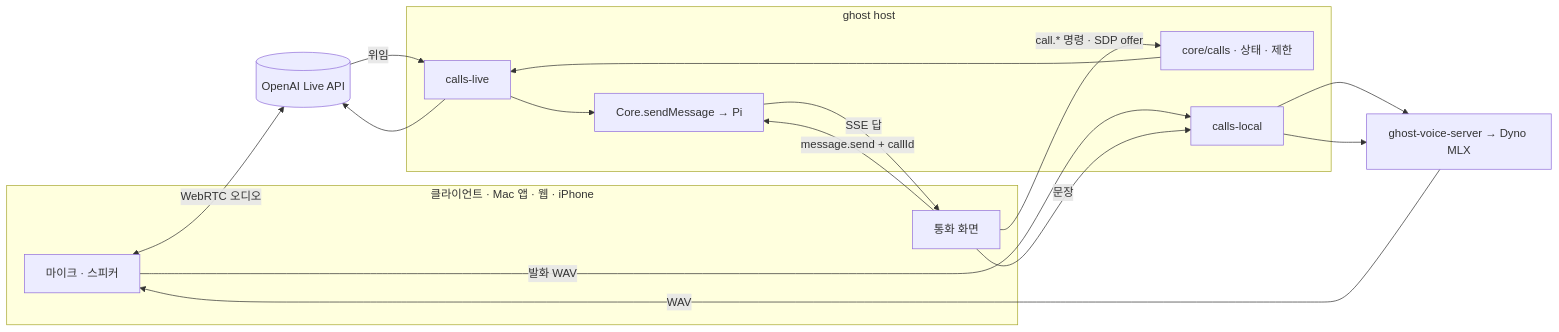
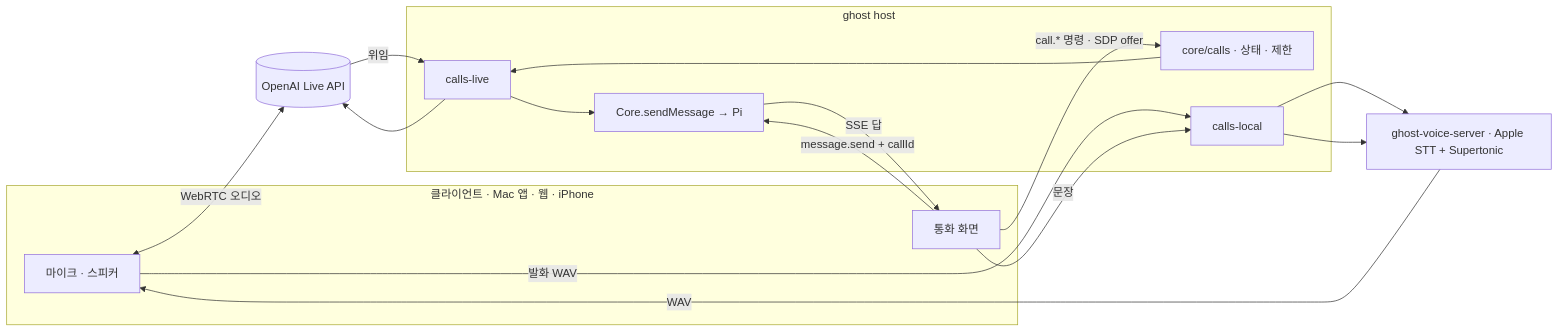
One commit to a7garden/ghost changed the diagram in docs/voice-calls.md. Above: the diagram before and after it, drawn with Mermaid. The commit also changed other lines of this file and 13 other files, not shown here.

First line of the commit message:
Local calls: on-device Apple SpeechAnalyzer STT and Supertonic 3 TTS replace the Dyno backend

````diff
--- a/docs/voice-calls.md
+++ b/docs/voice-calls.md
@@ -13,23 +13,23 @@
 ```mermaid
 flowchart LR
   subgraph client[클라이언트 · Mac 앱 · 웹 · iPhone]
     mic[마이크 · 스피커]
     ui[통화 화면]
   end
   subgraph host[ghost host]
     calls[core/calls · 상태 · 제한]
     live[calls-live]
     local[calls-local]
     core[Core.sendMessage → Pi]
   end
   oai[(OpenAI Live API)]
-  vs[ghost-voice-server → Dyno MLX]
+  vs[ghost-voice-server · Apple STT + Supertonic]
   mic <-->|WebRTC 오디오| oai
   ui -->|call.* 명령 · SDP offer| calls
   calls --> live --> oai
   oai -->|위임| live --> core
   mic -->|발화 WAV| local --> vs
   ui -->|message.send + callId| core
   core -->|SSE 답| ui
   ui -->|문장| local --> vs -->|WAV| mic
 ```
````
